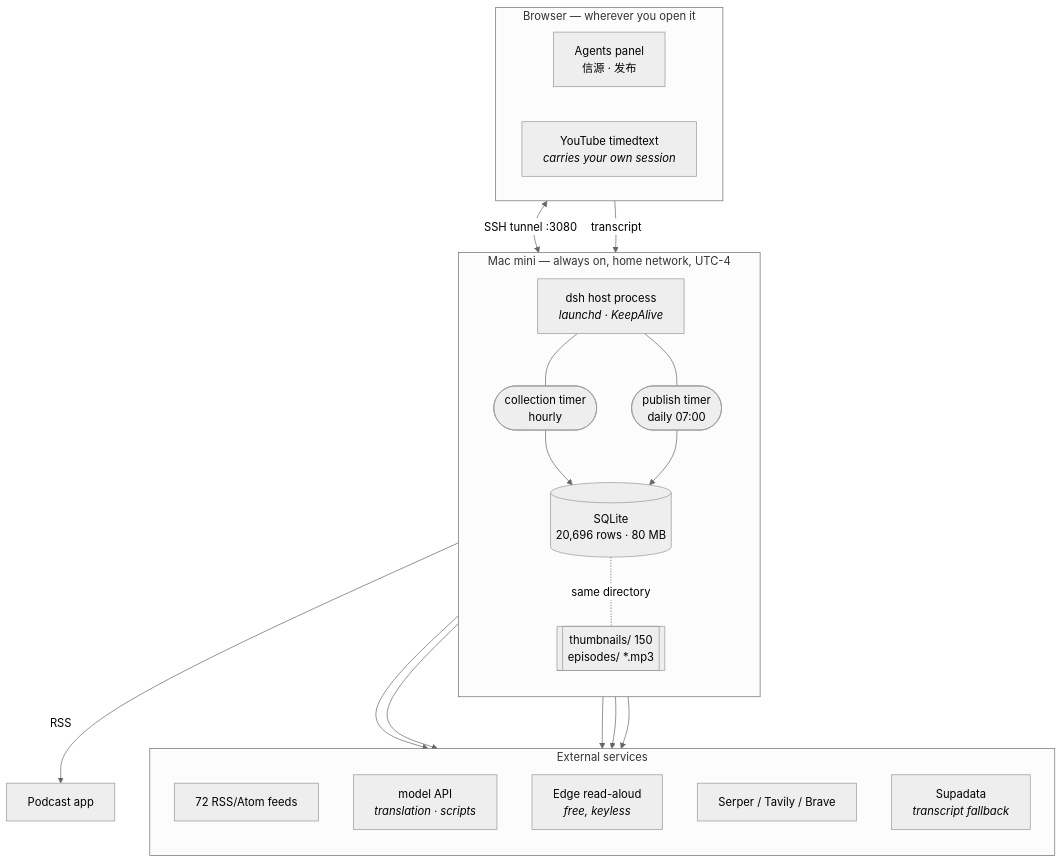
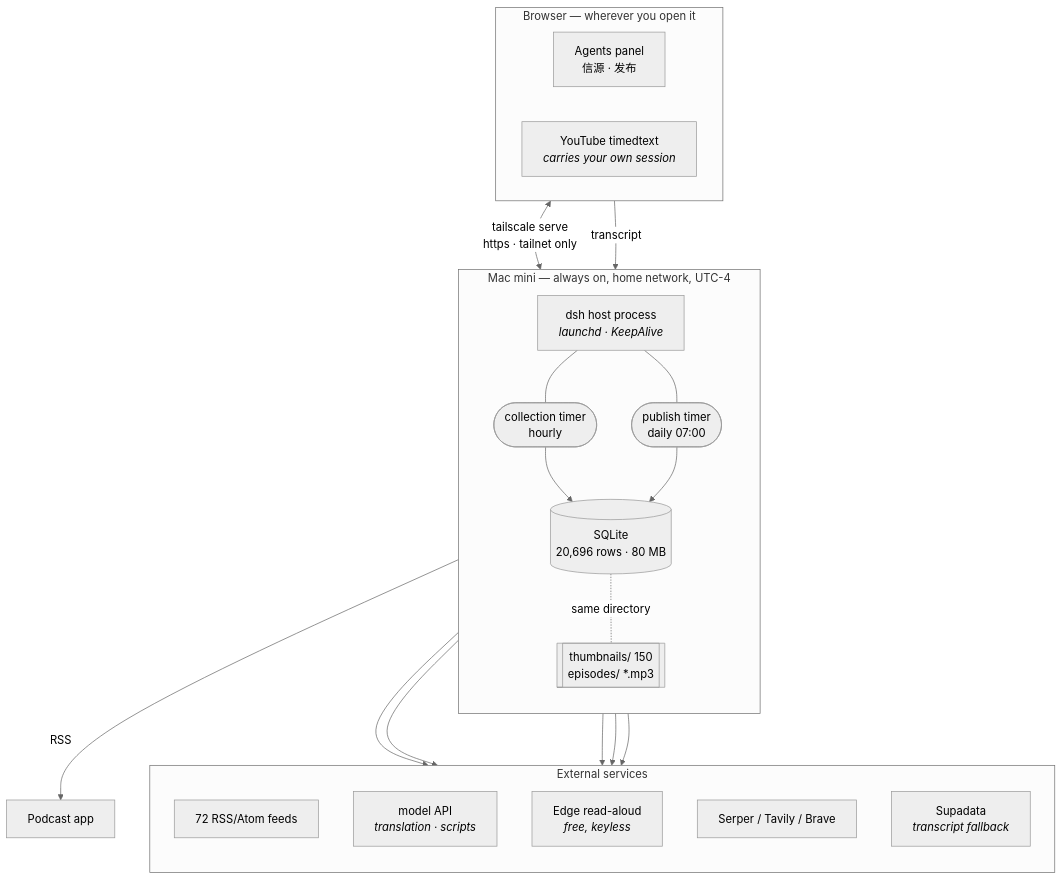
The first of 4 diagrams in docs/architecture.md (genesis-agents/dsh-plugins), drawn with Mermaid (neutral theme) before and after one commit. The commit also changed other lines of this file and 1 other file, not shown here.

````diff
--- a/docs/architecture.md
+++ b/docs/architecture.md
@@ -23,40 +23,40 @@
 ```mermaid
 flowchart TB
   subgraph browser["Browser — wherever you open it"]
     direction LR
     UI["Agents panel<br/>信源 · 发布"]
     YT["YouTube timedtext<br/><i>carries your own session</i>"]
   end
 
   subgraph mac["Mac mini — always on, home network, UTC-4"]
     direction TB
     HOST["dsh host process<br/><i>launchd · KeepAlive</i>"]
     T1(["collection timer<br/>hourly"])
     T2(["publish timer<br/>daily 07:00"])
     DB[("SQLite<br/>20,696 rows · 80 MB")]
     FILES[["thumbnails/ 150<br/>episodes/ *.mp3"]]
     HOST --- T1
     HOST --- T2
     T1 --> DB
     T2 --> DB
     DB -.same directory.- FILES
   end
 
   subgraph ext["External services"]
     direction TB
     FEEDS["72 RSS/Atom feeds"]
     MODEL["model API<br/><i>translation · scripts</i>"]
     TTS["Edge read-aloud<br/><i>free, keyless</i>"]
     SEARCH["Serper / Tavily / Brave"]
     SUPA["Supadata<br/><i>transcript fallback</i>"]
   end
 
-  UI <-->|"SSH tunnel :3080"| HOST
+  UI <-->|"tailscale serve<br/>https · tailnet only"| HOST
   YT -->|transcript| HOST
   T1 --> FEEDS
   HOST --> MODEL
   HOST --> TTS
   HOST --> SEARCH
   HOST --> SUPA
   T2 -->|RSS| PODCAST["Podcast app"]
 ```
````
